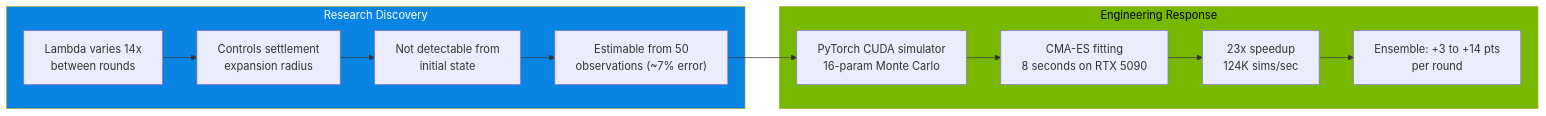
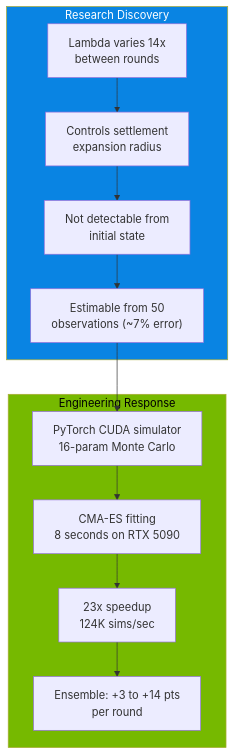
Before and after one commit to dagthomas/Synthetic_Synapses_NMIAI: the eighth of 11 diagrams in dagthomas/astar-island-solution/AUTO_RESEARCH.md, drawn with Mermaid. The commit also changed other lines of this file and 2 other files, not shown here.

````diff
--- a/dagthomas/astar-island-solution/AUTO_RESEARCH.md
+++ b/dagthomas/astar-island-solution/AUTO_RESEARCH.md
@@ -261,22 +257,23 @@
 ```mermaid
-graph LR
+flowchart TB
     subgraph Discovery["Research Discovery"]
         D1["Lambda varies 14x<br/>between rounds"]
         D2["Controls settlement<br/>expansion radius"]
         D3["Not detectable from<br/>initial state"]
         D4["Estimable from 50<br/>observations (~7% error)"]
+        D1 --> D2 --> D3 --> D4
     end
 
     subgraph Engineering["Engineering Response"]
         E1["PyTorch CUDA simulator<br/>16-param Monte Carlo"]
         E2["CMA-ES fitting<br/>8 seconds on RTX 5090"]
         E3["23x speedup<br/>124K sims/sec"]
         E4["Ensemble: +3 to +14 pts<br/>per round"]
+        E1 --> E2 --> E3 --> E4
     end
 
-    D1 --> D2 --> D3 --> D4
-    D4 --> E1 --> E2 --> E3 --> E4
+    D4 --> E1
 
     style Discovery fill:#0984e3,color:#fff
     style Engineering fill:#76b900,color:#000
 ```
````
